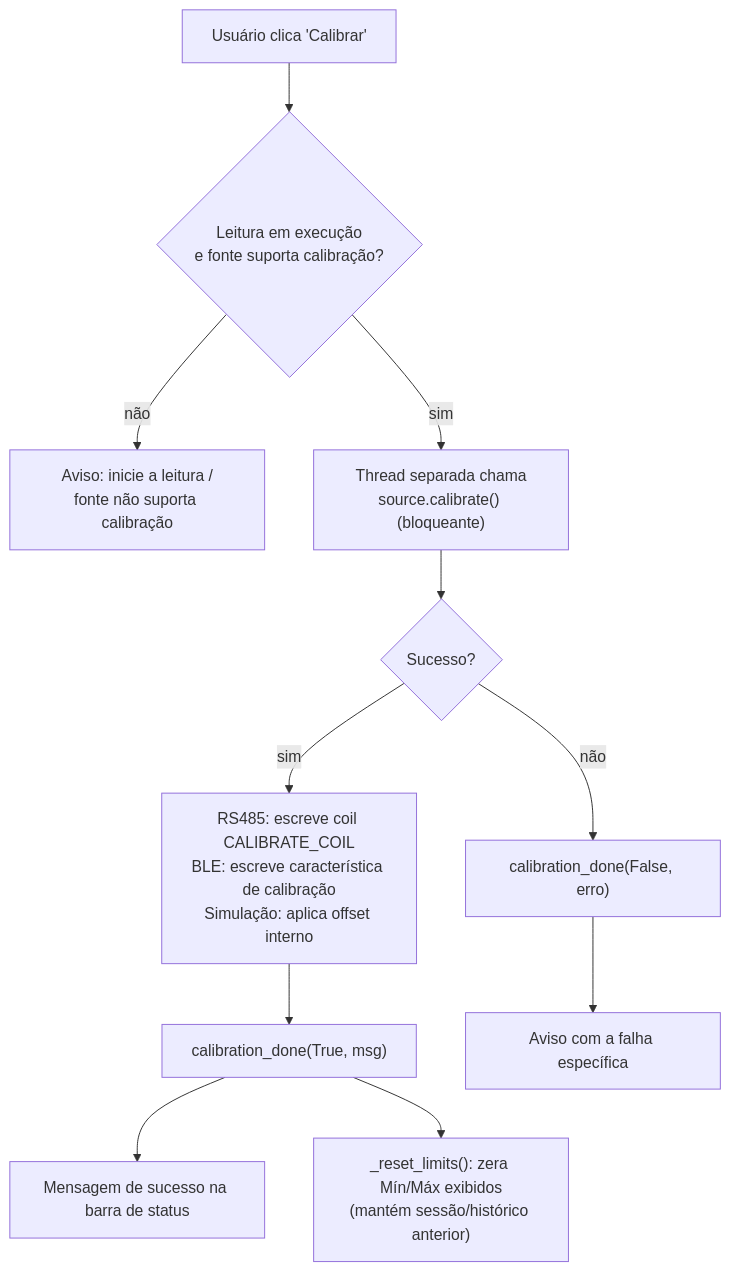
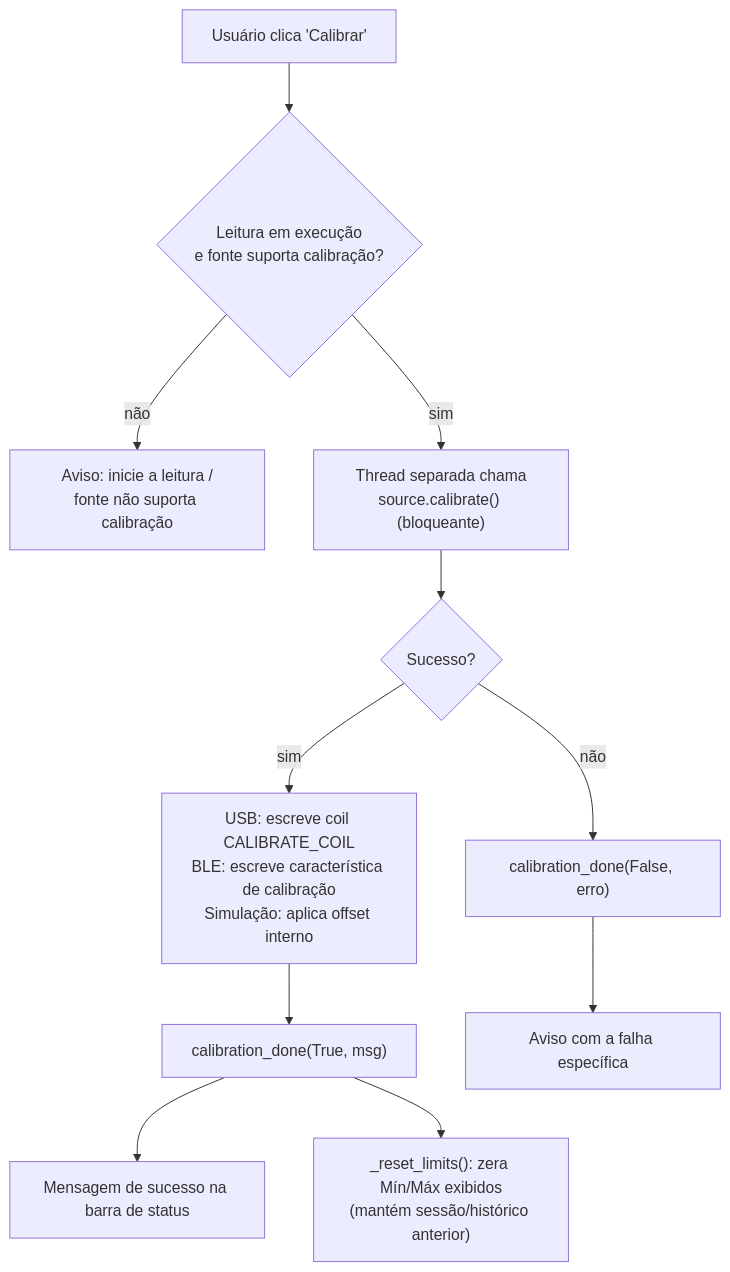
Before and after one commit to williandlima/Inclinometer_Esp32: the third of 6 diagrams in docs/fluxograma-python-app.md, drawn with Mermaid. The commit also changed other lines of this file and 13 other files, not shown here.

````diff
--- a/docs/fluxograma-python-app.md
+++ b/docs/fluxograma-python-app.md
@@ -113,13 +114,13 @@
 ```mermaid
 flowchart TD
     A["Usuário clica 'Calibrar'"] --> B{Leitura em execução<br/>e fonte suporta calibração?}
     B -- não --> B1["Aviso: inicie a leitura /<br/>fonte não suporta calibração"]
     B -- sim --> C["Thread separada chama<br/>source.calibrate() (bloqueante)"]
     C --> D{Sucesso?}
-    D -- sim --> E["RS485: escreve coil CALIBRATE_COIL<br/>BLE: escreve característica de calibração<br/>Simulação: aplica offset interno"]
+    D -- sim --> E["USB: escreve coil CALIBRATE_COIL<br/>BLE: escreve característica de calibração<br/>Simulação: aplica offset interno"]
     E --> F["calibration_done(True, msg)"]
     F --> G["Mensagem de sucesso na barra de status"]
     F --> H["_reset_limits(): zera Mín/Máx exibidos<br/>(mantém sessão/histórico anterior)"]
     D -- não --> I["calibration_done(False, erro)"]
     I --> J["Aviso com a falha específica"]
 ```
````
